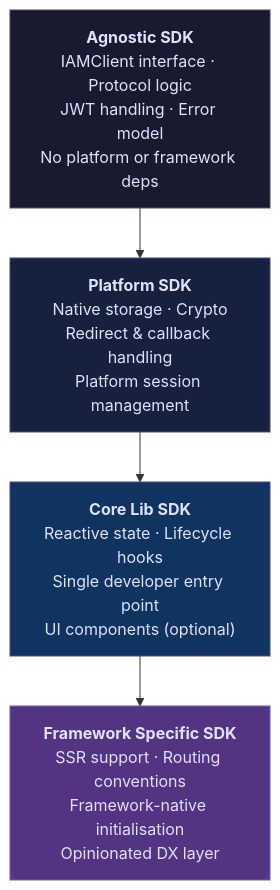
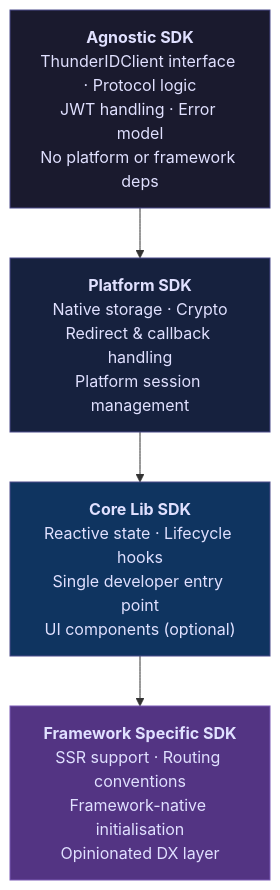
One commit to brionmario/thunder-sdks changed the first of 2 diagrams in docs/content/community/contributing/contributing-code/tooling-development/sdk-specification/README.md. Above: the diagram before and after it, drawn with Mermaid. The commit also changed other lines of this file and 4 other files, not shown here.

````diff
--- a/docs/content/community/contributing/contributing-code/tooling-development/sdk-specification/README.md
+++ b/docs/content/community/contributing/contributing-code/tooling-development/sdk-specification/README.md
@@ -98,19 +100,19 @@
 ```mermaid
 graph TD
-    A["<b>Agnostic SDK</b><br/>IAMClient interface · Protocol logic<br/>JWT handling · Error model<br/>No platform or framework deps"]
+    A["<b>Agnostic SDK</b><br/>ThunderIDClient interface · Protocol logic<br/>JWT handling · Error model<br/>No platform or framework deps"]
 
     B["<b>Platform SDK</b><br/>Native storage · Crypto<br/>Redirect &amp; callback handling<br/>Platform session management"]
 
     C["<b>Core Lib SDK</b><br/>Reactive state · Lifecycle hooks<br/>Single developer entry point<br/>UI components (optional)"]
 
     D["<b>Framework Specific SDK</b><br/>SSR support · Routing conventions<br/>Framework-native initialisation<br/>Opinionated DX layer"]
 
     A --> B
     B --> C
     C --> D
 
     style A fill:#1a1a2e,color:#e0e0ff,stroke:#4a4a8a
     style B fill:#16213e,color:#e0e0ff,stroke:#4a4a8a
     style C fill:#0f3460,color:#e0e0ff,stroke:#4a4a8a
     style D fill:#533483,color:#e0e0ff,stroke:#7a5ab5
 ```
````
